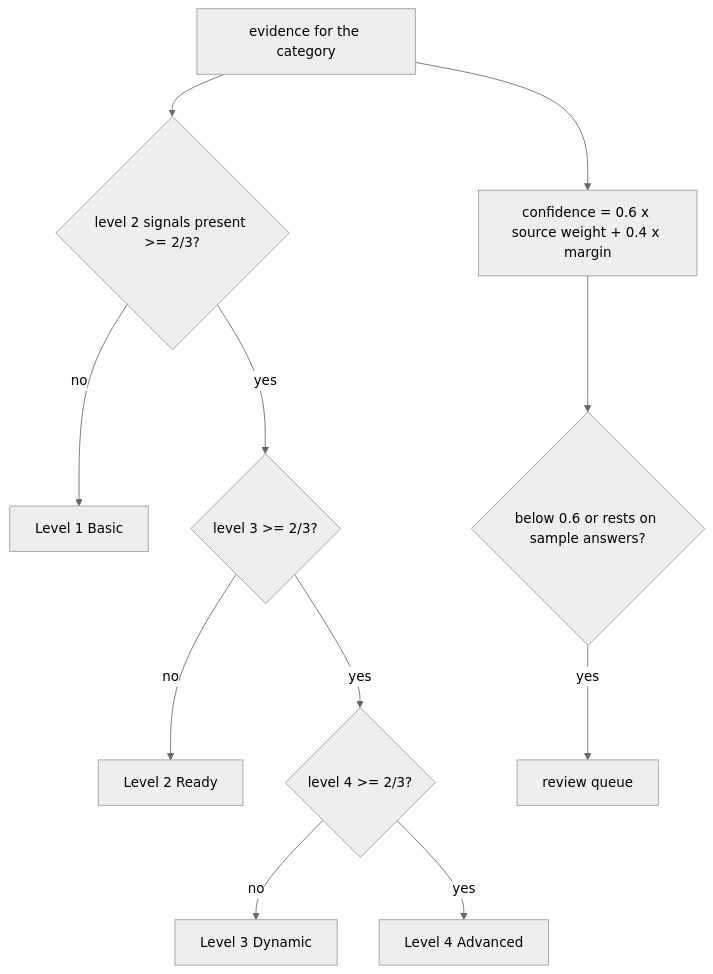
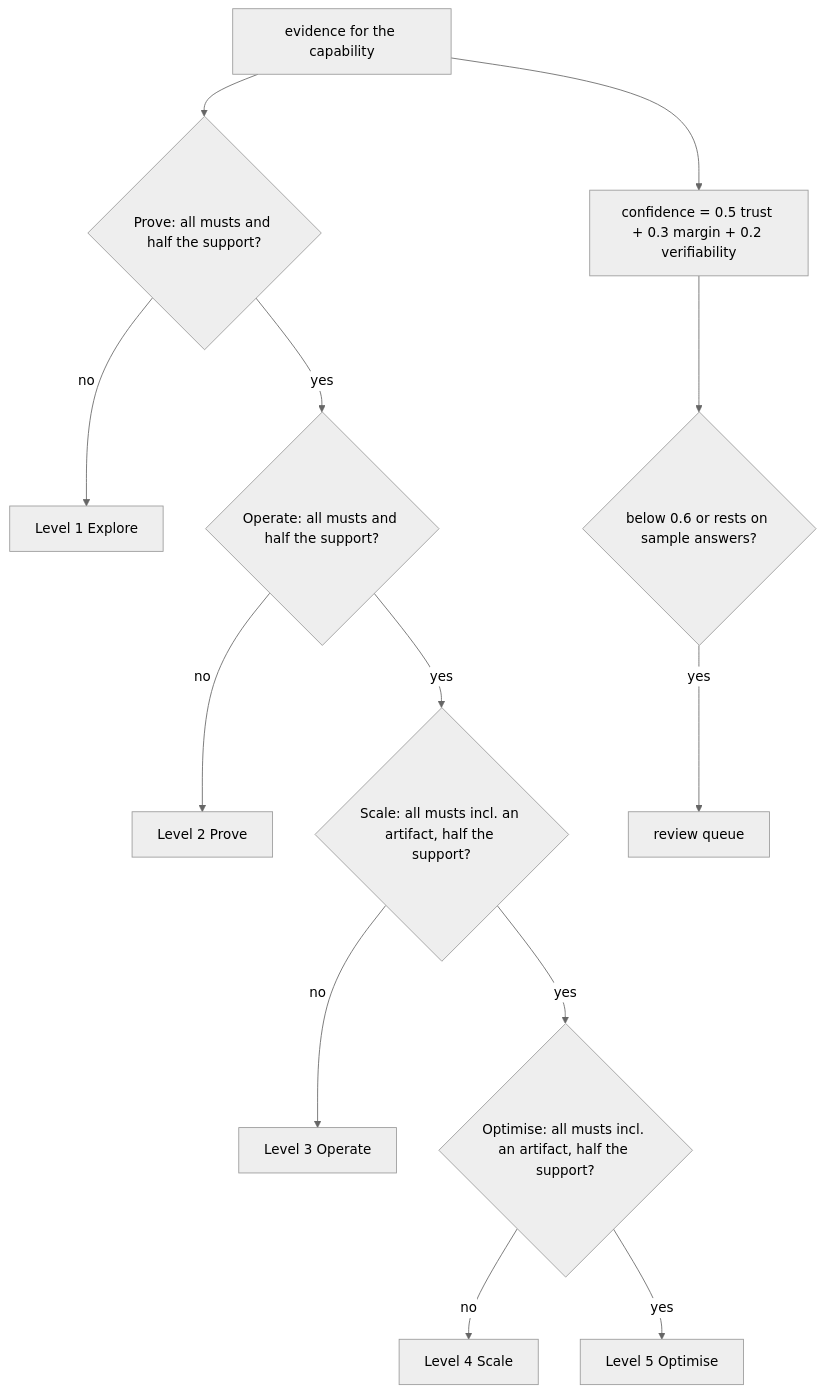
Before and after one commit to jagadishmazure-jpg/Jagadish-ai-maturity-assessment: the diagram in docs/components/scoring-confidence.md, drawn with Mermaid (neutral theme). The commit also changed other lines of this file and 12 other files, not shown here.

````diff
--- a/docs/components/scoring-confidence.md
+++ b/docs/components/scoring-confidence.md
@@ -15,13 +16,15 @@
 ```mermaid
 flowchart TB
-  E[evidence for the category] --> S{level 2 signals present >= 2/3?}
-  S -- no --> L1[Level 1 Basic]
-  S -- yes --> T{level 3 >= 2/3?}
-  T -- no --> L2[Level 2 Ready]
-  T -- yes --> U{level 4 >= 2/3?}
-  U -- no --> L3[Level 3 Dynamic]
-  U -- yes --> L4[Level 4 Advanced]
-  E --> C[confidence = 0.6 x source weight + 0.4 x margin]
+  E[evidence for the capability] --> S{Prove: all musts and half the support?}
+  S -- no --> L1[Level 1 Explore]
+  S -- yes --> T{Operate: all musts and half the support?}
+  T -- no --> L2[Level 2 Prove]
+  T -- yes --> U{Scale: all musts incl. an artifact, half the support?}
+  U -- no --> L3[Level 3 Operate]
+  U -- yes --> V{Optimise: all musts incl. an artifact, half the support?}
+  V -- no --> L4[Level 4 Scale]
+  V -- yes --> L5[Level 5 Optimise]
+  E --> C[confidence = 0.5 trust + 0.3 margin + 0.2 verifiability]
   C --> H{below 0.6 or rests on sample answers?}
   H -- yes --> Q[review queue]
 ```
````
